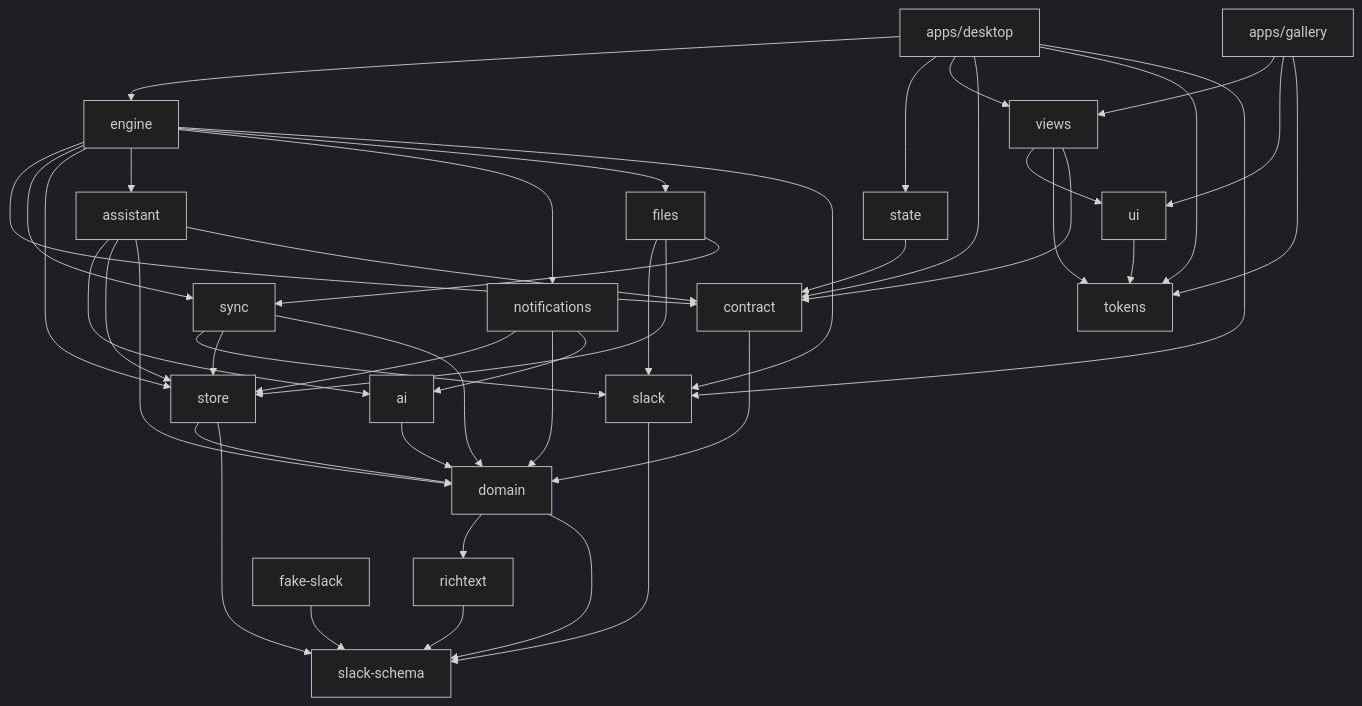
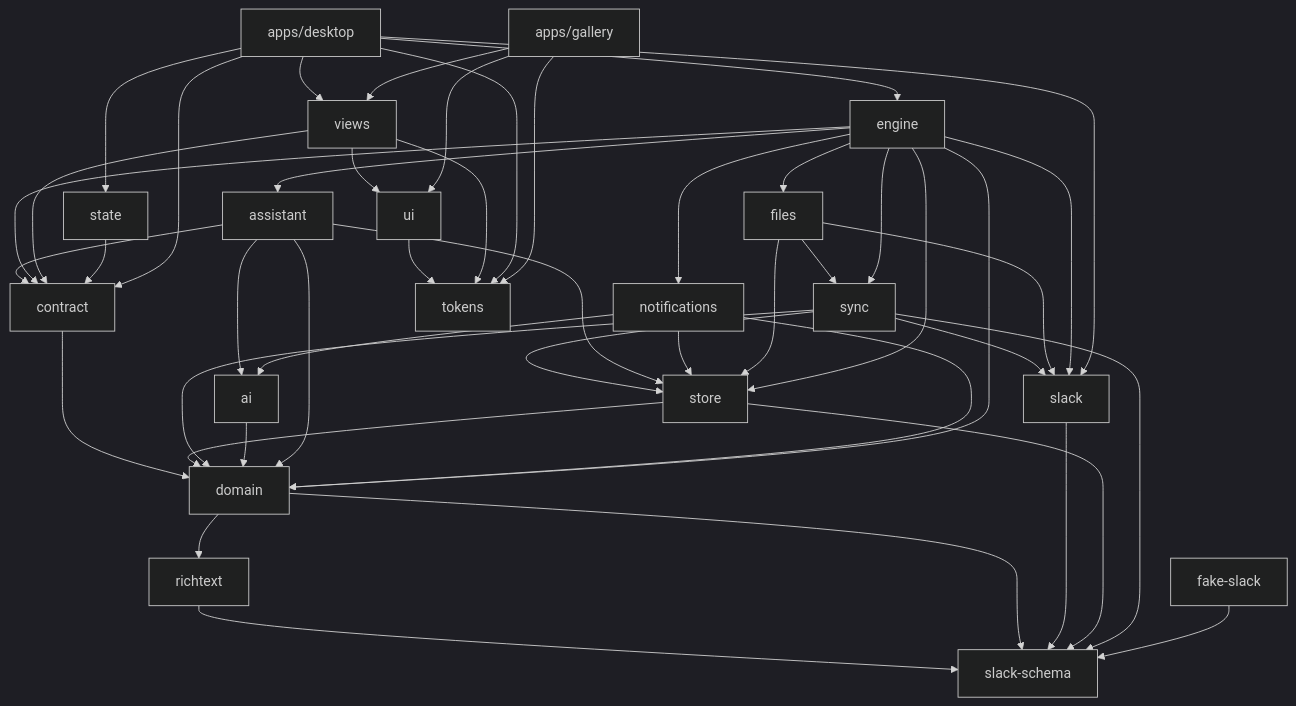
One commit to triptu/juno changed the second of 2 diagrams in docs/architecture.md. Above: the diagram before and after it, drawn with Mermaid (dark theme). The commit also changed other lines of this file and 5 other files, not shown here.

Commit message:
Document the sync, the workspace store holder, the benchmark and the M3 engine numbers

````diff
--- a/docs/architecture.md
+++ b/docs/architecture.md
@@ -108,22 +108,22 @@
 ```mermaid
 flowchart TD
   slack_schema[slack-schema]
   richtext --> slack_schema
   domain --> richtext & slack_schema
   contract --> domain
   slack --> slack_schema
   store --> domain & slack_schema
-  sync --> slack & store & domain
+  sync --> slack & store & domain & slack_schema
   ai --> domain
   assistant --> ai & store & domain & contract
   notifications --> store & domain & ai
   files --> slack & store & sync
-  engine --> contract & sync & store & assistant & notifications & files & slack
+  engine --> contract & sync & store & domain & assistant & notifications & files & slack
   fake_slack[fake-slack] --> slack_schema
   tokens
   ui --> tokens
   views --> ui & tokens & contract
   state --> contract
   desktop[apps/desktop] --> engine & state & views & contract & tokens & slack
   gallery[apps/gallery] --> views & ui & tokens
 ```
````
